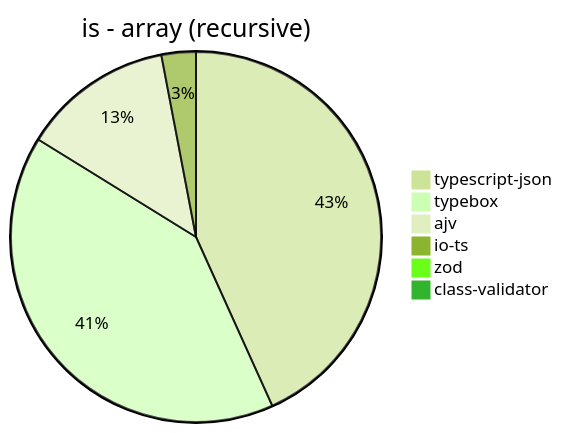
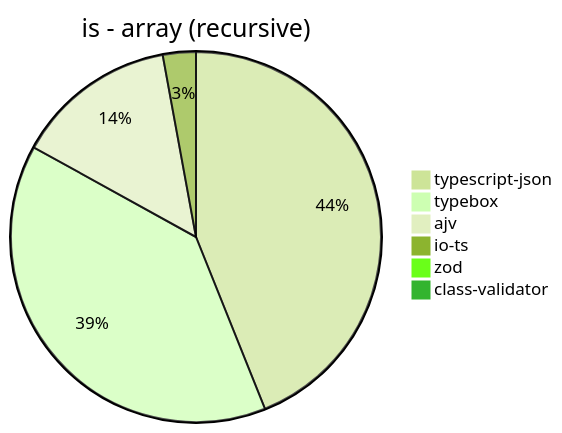
Before and after one commit to samchon/typia: the sixth of 9 diagrams in benchmark/results/AMD Ryzen 7 3700X 8-Core Processor.md, drawn with Mermaid (forest theme). The commit also changed other lines of this file and 2 other files, not shown here.

````diff
--- a/benchmark/results/AMD Ryzen 7 3700X 8-Core Processor.md
+++ b/benchmark/results/AMD Ryzen 7 3700X 8-Core Processor.md
@@ -77,9 +77,9 @@
 ```mermaid
 pie title is - array (recursive)
-  "typescript-json": 5601.809954751131
-  "typebox": 5254.431314623338
-  "ajv": 1708.40108401084
-  "io-ts": 388.5053181563725
-  "zod": 6.784771956275915
-  "class-validator": 2.7437351381013357
+  "typescript-json": 5950.605601816806
+  "typebox": 5298.117346006215
+  "ajv": 1907.7429983525535
+  "io-ts": 390.43751153775156
+  "zod": 7.277477141257696
+  "class-validator": 2.796942010068991
 ```
````
